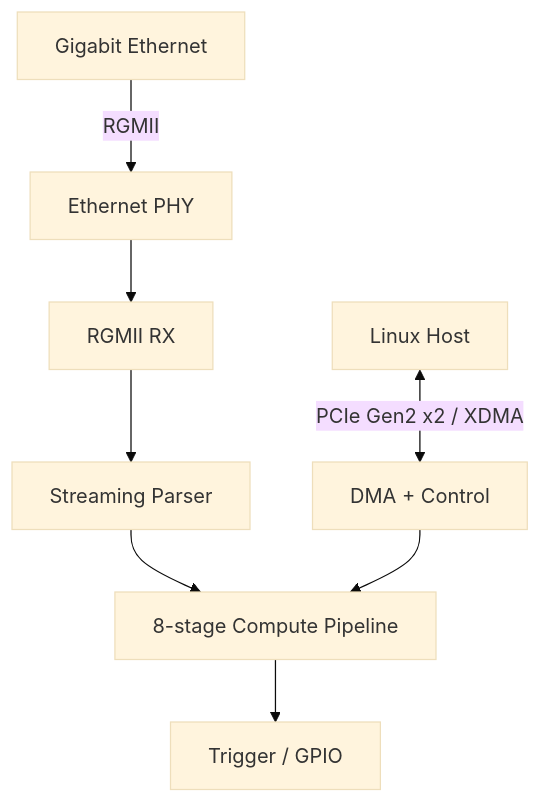
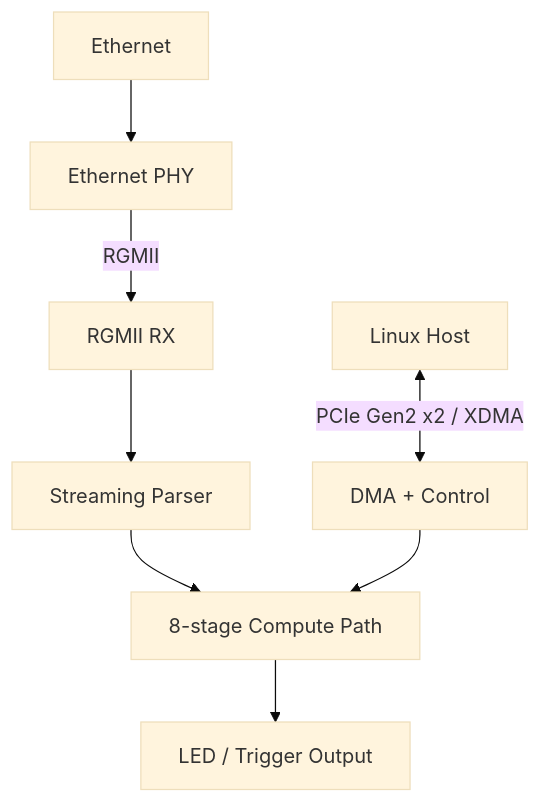
Before and after one commit to yishoulee/fpga-inference-portfolio: the diagram in docs/SYSTEM_ARCHITECTURE.md, drawn with Mermaid (base theme). The commit also changed other lines of this file, not shown here.

Commit message:
docs: align architecture summary with validated scope

````diff
--- a/docs/SYSTEM_ARCHITECTURE.md
+++ b/docs/SYSTEM_ARCHITECTURE.md
@@ -13,10 +11,10 @@
 ```mermaid
 graph TD
-    ETH[Gigabit Ethernet] -->|RGMII| PHY[Ethernet PHY]
-    PHY --> RX[RGMII RX]
+    ETH[Ethernet] --> PHY[Ethernet PHY]
+    PHY -->|RGMII| RX[RGMII RX]
     RX --> PARSER[Streaming Parser]
-    PARSER --> NPU[8-stage Compute Pipeline]
-    NPU --> GPIO[Trigger / GPIO]
+    PARSER --> NPU[8-stage Compute Path]
+    NPU --> OUT[LED / Trigger Output]
     HOST[Linux Host] <-->|PCIe Gen2 x2 / XDMA| CTRL[DMA + Control]
     CTRL --> NPU
 ```
````
